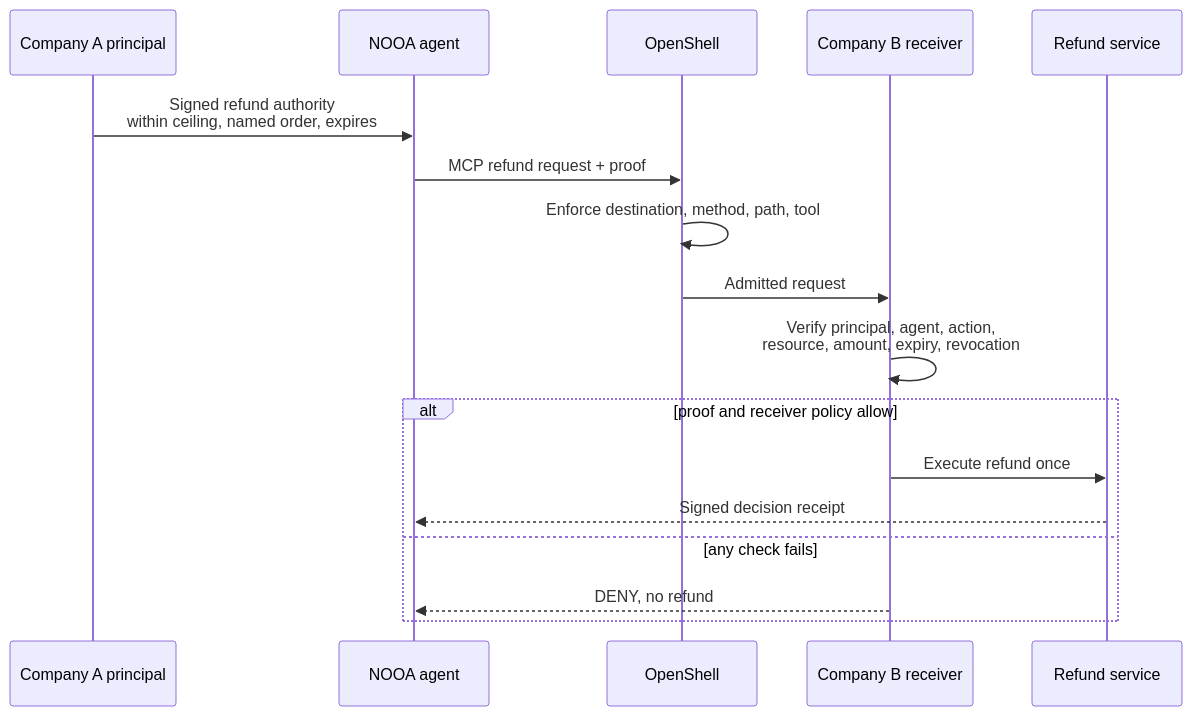
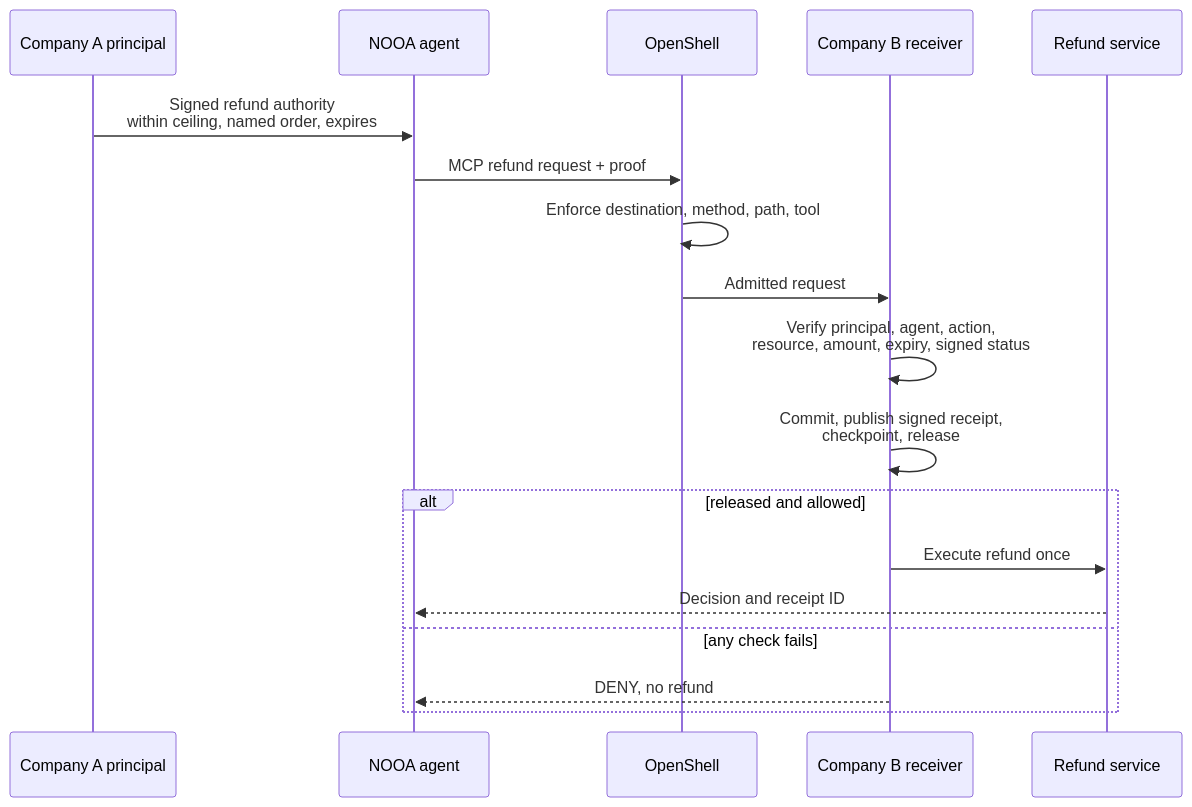
One commit to identities-ai/ratify-protocol changed the second of 2 diagrams in references/nvidia-nooa-openshell/README.md. Above: the diagram before and after it, drawn with Mermaid. The commit also changed other lines of this file and 876 other files, not shown here.

````diff
--- a/references/nvidia-nooa-openshell/README.md
+++ b/references/nvidia-nooa-openshell/README.md
@@ -52,19 +63,20 @@
 ```mermaid
 sequenceDiagram
     participant P as Company A principal
     participant A as NOOA agent
     participant O as OpenShell
     participant R as Company B receiver
     participant T as Refund service
     P->>A: Signed refund authority<br/>within ceiling, named order, expires
     A->>O: MCP refund request + proof
     O->>O: Enforce destination, method, path, tool
     O->>R: Admitted request
-    R->>R: Verify principal, agent, action,<br/>resource, amount, expiry, revocation
-    alt proof and receiver policy allow
+    R->>R: Verify principal, agent, action,<br/>resource, amount, expiry, signed status
+    R->>R: Commit, publish signed receipt,<br/>checkpoint, release
+    alt released and allowed
         R->>T: Execute refund once
-        T-->>A: Signed decision receipt
+        T-->>A: Decision and receipt ID
     else any check fails
         R-->>A: DENY, no refund
     end
 ```
````
